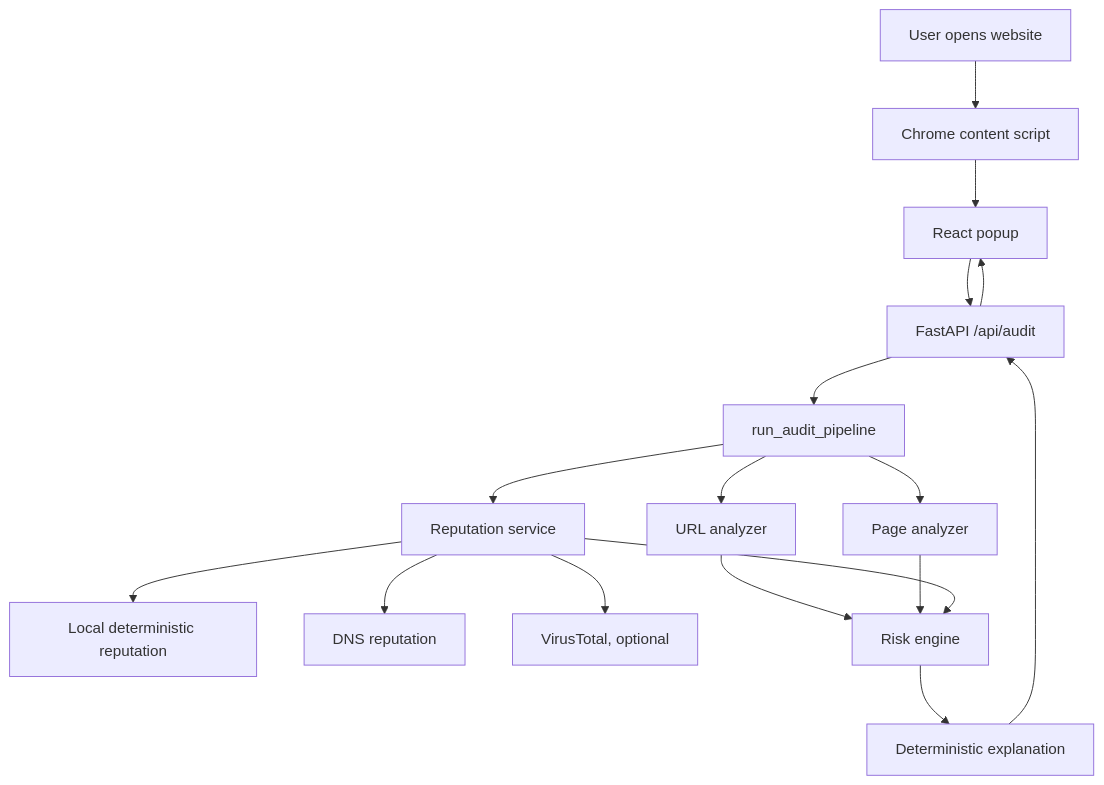
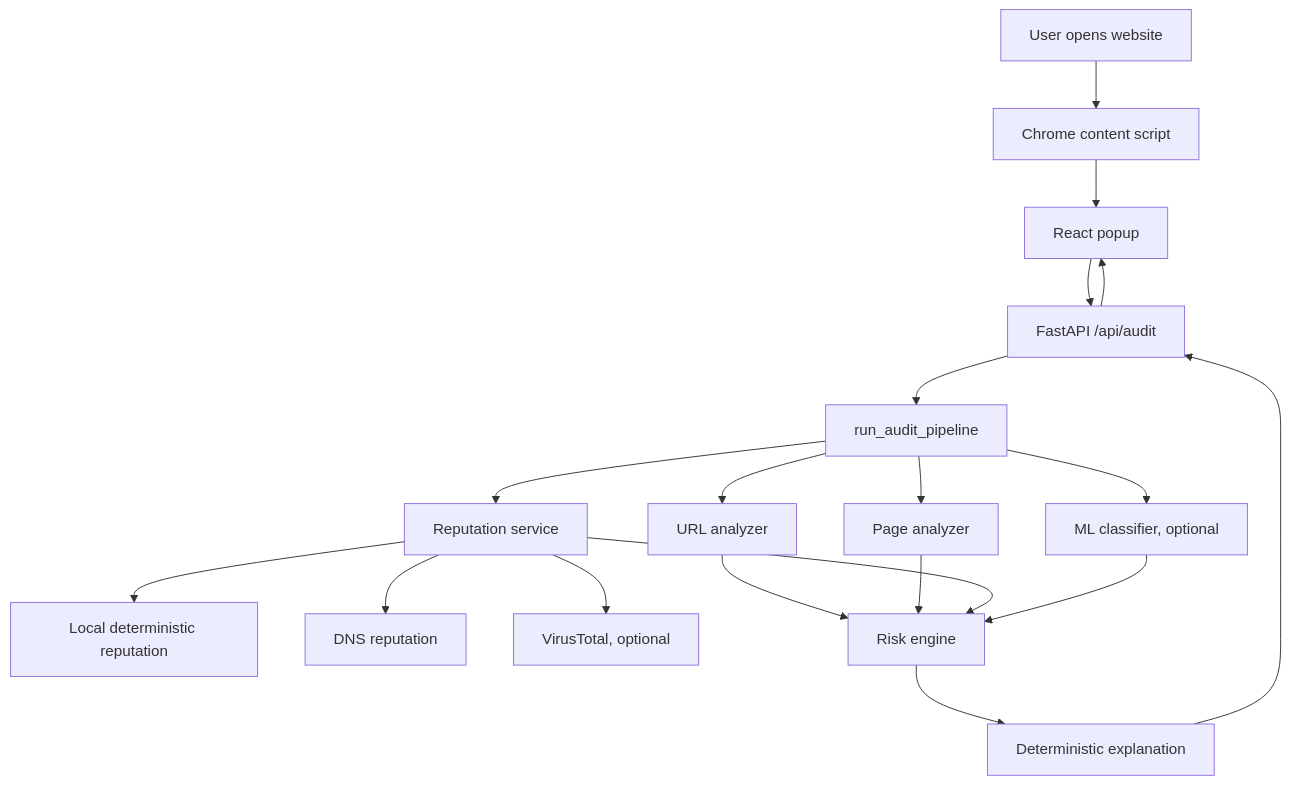
The first of 2 diagrams in DEVELOPER_GUIDE.md (Nasreena847/Threat-Detection-Agent), drawn with Mermaid before and after one commit. The commit also changed other lines of this file and 11 other files, not shown here.

````diff
--- a/DEVELOPER_GUIDE.md
+++ b/DEVELOPER_GUIDE.md
@@ -48,19 +48,21 @@
 ```mermaid
 flowchart TD
     User[User opens website] --> Content[Chrome content script]
     Content --> Popup[React popup]
     Popup --> API[FastAPI /api/audit]
     API --> Pipeline[run_audit_pipeline]
     Pipeline --> URL[URL analyzer]
     Pipeline --> Page[Page analyzer]
     Pipeline --> Reputation[Reputation service]
+    Pipeline --> ML[ML classifier, optional]
     Reputation --> LocalRep[Local deterministic reputation]
     Reputation --> DNS[DNS reputation]
     Reputation --> VT[VirusTotal, optional]
     URL --> Risk[Risk engine]
     Page --> Risk
     Reputation --> Risk
+    ML --> Risk
     Risk --> Explain[Deterministic explanation]
     Explain --> API
     API --> Popup
 ```
````
